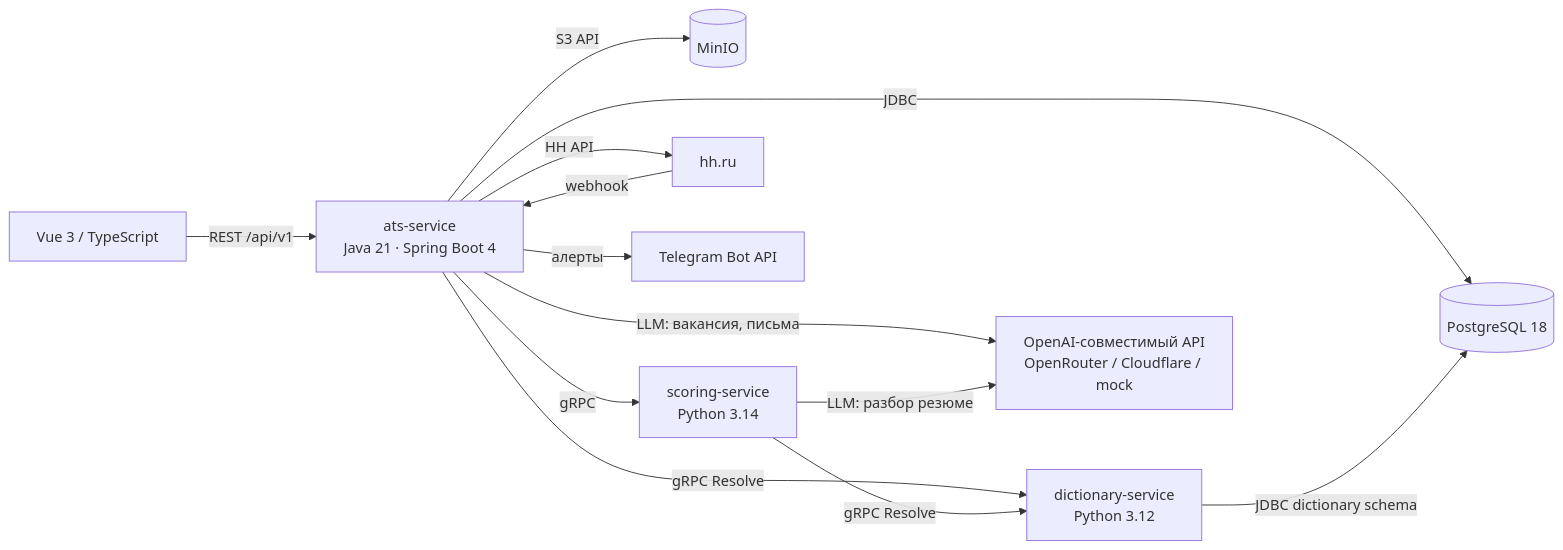
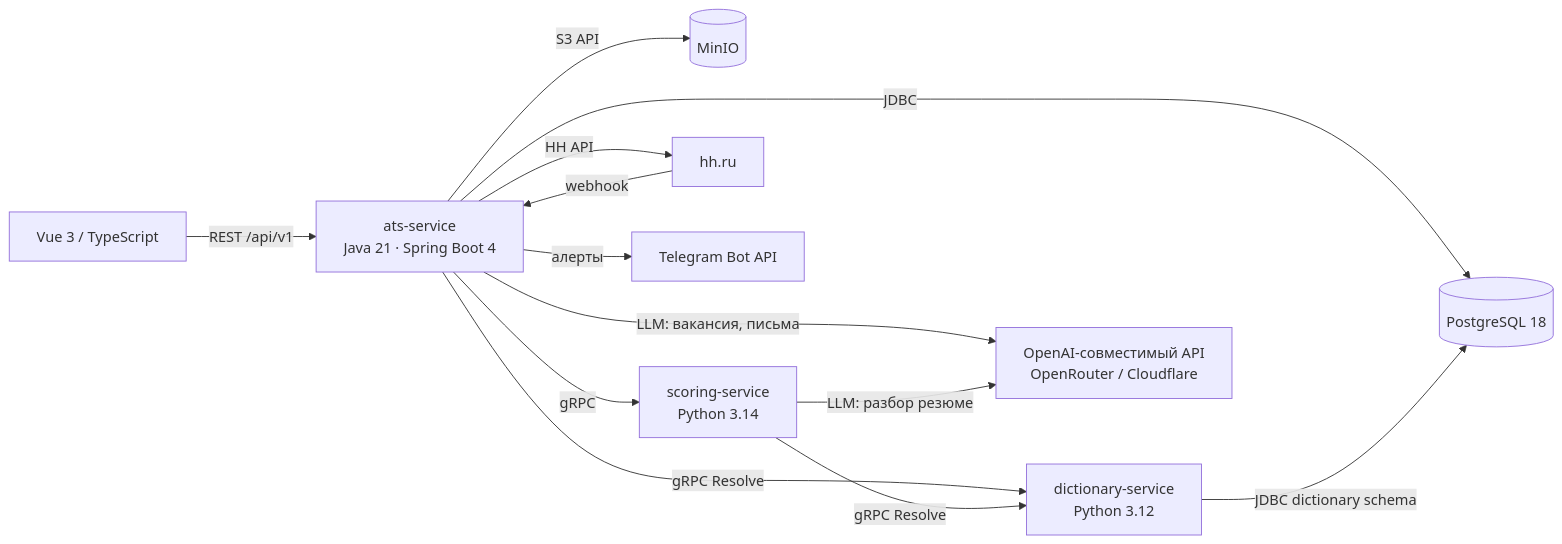
Before and after one commit to MiZentUi/tracing_ats: the diagram in README.md, drawn with Mermaid. The commit also changed other lines of this file, not shown here.

Commit message:
docs: переписать README про архитектуру, запуск и roadmap

````diff
--- a/README.md
+++ b/README.md
@@ -84,15 +11,15 @@
 ```mermaid
 flowchart LR
     UI["Vue 3 / TypeScript"] -->|REST /api/v1| ATS["ats-service<br/>Java 21 · Spring Boot 4"]
     ATS -->|JDBC| PG[("PostgreSQL 18")]
     ATS -->|S3 API| S3[("MinIO")]
     ATS -->|gRPC| SC["scoring-service<br/>Python 3.14"]
     ATS -->|gRPC Resolve| DICT["dictionary-service<br/>Python 3.12"]
     SC -->|gRPC Resolve| DICT
     DICT -->|JDBC dictionary schema| PG
-    ATS -->|LLM: вакансия, письма| LLM["OpenAI-совместимый API<br/>OpenRouter / Cloudflare / mock"]
+    ATS -->|LLM: вакансия, письма| LLM["OpenAI-совместимый API<br/>OpenRouter / Cloudflare"]
     SC -->|LLM: разбор резюме| LLM
     ATS -->|HH API| HH["hh.ru"]
     HH -->|webhook| ATS
     ATS -->|алерты| TG["Telegram Bot API"]
 ```
````
